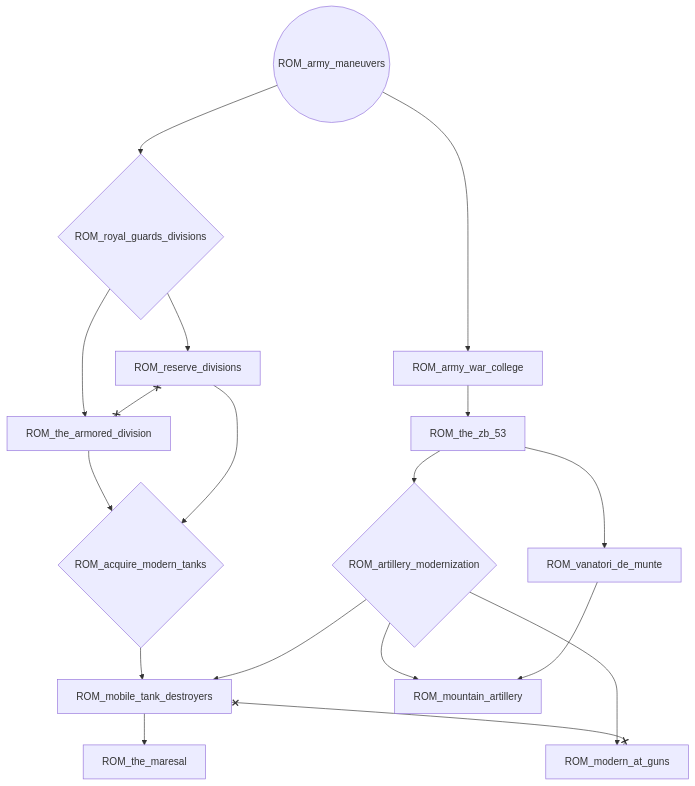
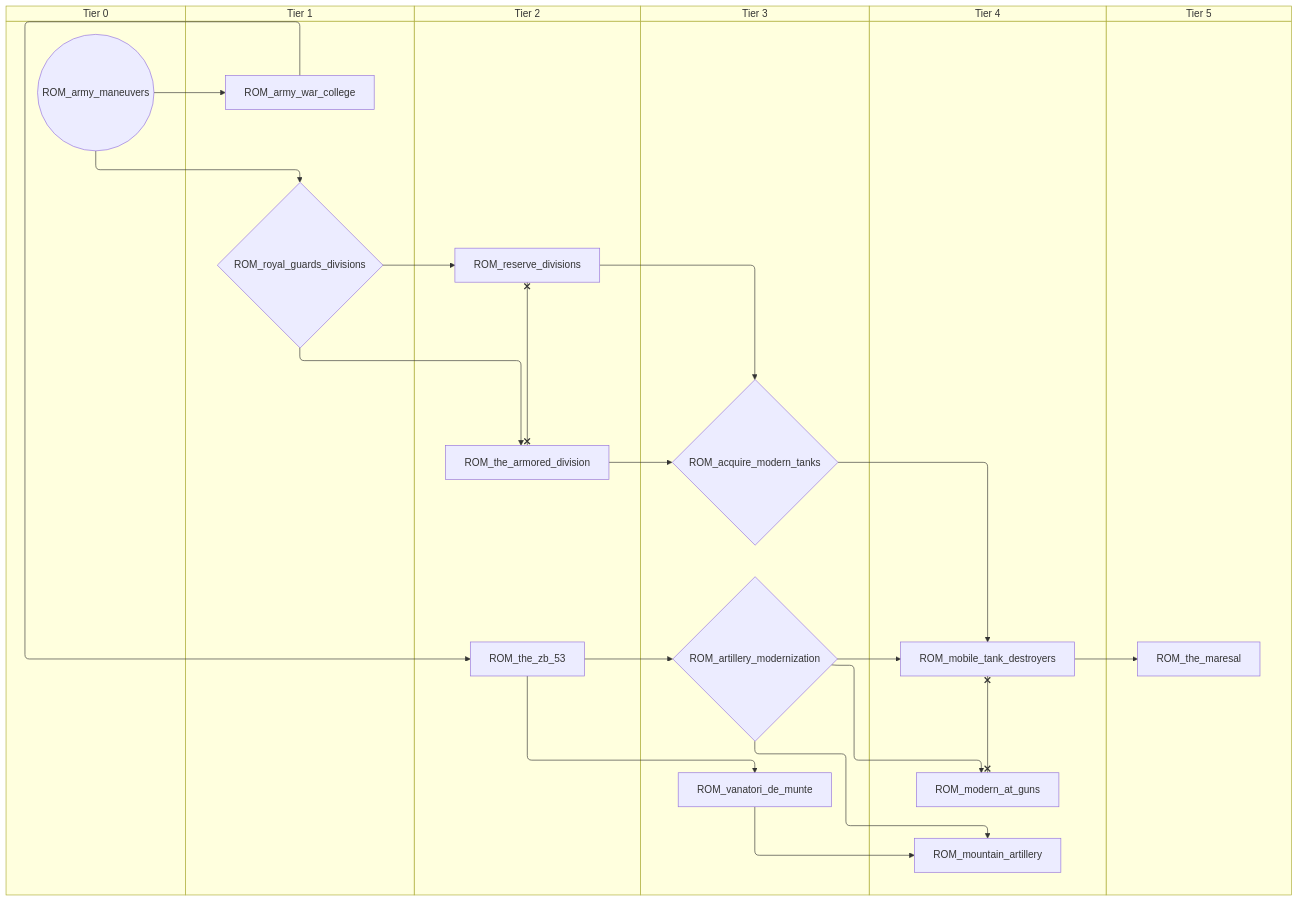
Before and after one commit to evgeny-sobol/hoi4-sandbox-mode: the first of 6 diagrams in docs/gdd/National Focuses/romania.md, drawn with Mermaid. The commit also changed other lines of this file and 80 other files, not shown here.

First line of the commit message:
Add swimlane mode to focus graph exporter

````diff
--- a/docs/gdd/National Focuses/romania.md
+++ b/docs/gdd/National Focuses/romania.md
@@ -3,33 +3,45 @@
 ```mermaid
-flowchart TD
-    n1{"ROM_acquire_modern_tanks"}
-    n2(("ROM_army_maneuvers"))
-    n3["ROM_army_war_college"]
-    n4{"ROM_artillery_modernization"}
-    n5["ROM_mobile_tank_destroyers"]
-    n6["ROM_modern_at_guns"]
-    n7["ROM_mountain_artillery"]
-    n8["ROM_reserve_divisions"]
-    n9{"ROM_royal_guards_divisions"}
-    n10["ROM_the_armored_division"]
-    n11["ROM_the_maresal"]
-    n12["ROM_the_zb_53"]
-    n13["ROM_vanatori_de_munte"]
-    n10 --> n1
-    n8 --> n1
-    n2 --> n3
-    n12 --> n4
-    n1 --> n5
-    n4 --> n5
-    n4 --> n6
+swimlane-beta TD
+    subgraph tier_0["Tier 0"]
+        n1(("ROM_army_maneuvers"))
+    end
+    subgraph tier_1["Tier 1"]
+        n2["ROM_army_war_college"]
+        n3{"ROM_royal_guards_divisions"}
+    end
+    subgraph tier_2["Tier 2"]
+        n4["ROM_reserve_divisions"]
+        n5["ROM_the_armored_division"]
+        n6["ROM_the_zb_53"]
+    end
+    subgraph tier_3["Tier 3"]
+        n7{"ROM_acquire_modern_tanks"}
+        n8{"ROM_artillery_modernization"}
+        n9["ROM_vanatori_de_munte"]
+    end
+    subgraph tier_4["Tier 4"]
+        n10["ROM_mobile_tank_destroyers"]
+        n11["ROM_modern_at_guns"]
+        n12["ROM_mountain_artillery"]
+    end
+    subgraph tier_5["Tier 5"]
+        n13["ROM_the_maresal"]
+    end
+    n5 --> n7
     n4 --> n7
-    n13 --> n7
-    n9 --> n8
-    n2 --> n9
-    n9 --> n10
-    n5 --> n11
-    n3 --> n12
-    n12 --> n13
-    n5 x--x n6
-    n8 x--x n10
+    n1 --> n2
+    n6 --> n8
+    n7 --> n10
+    n8 --> n10
+    n8 --> n11
+    n8 --> n12
+    n9 --> n12
+    n3 --> n4
+    n1 --> n3
+    n3 --> n5
+    n10 --> n13
+    n2 --> n6
+    n6 --> n9
+    n10 x--x n11
+    n4 x--x n5
 ```
````
